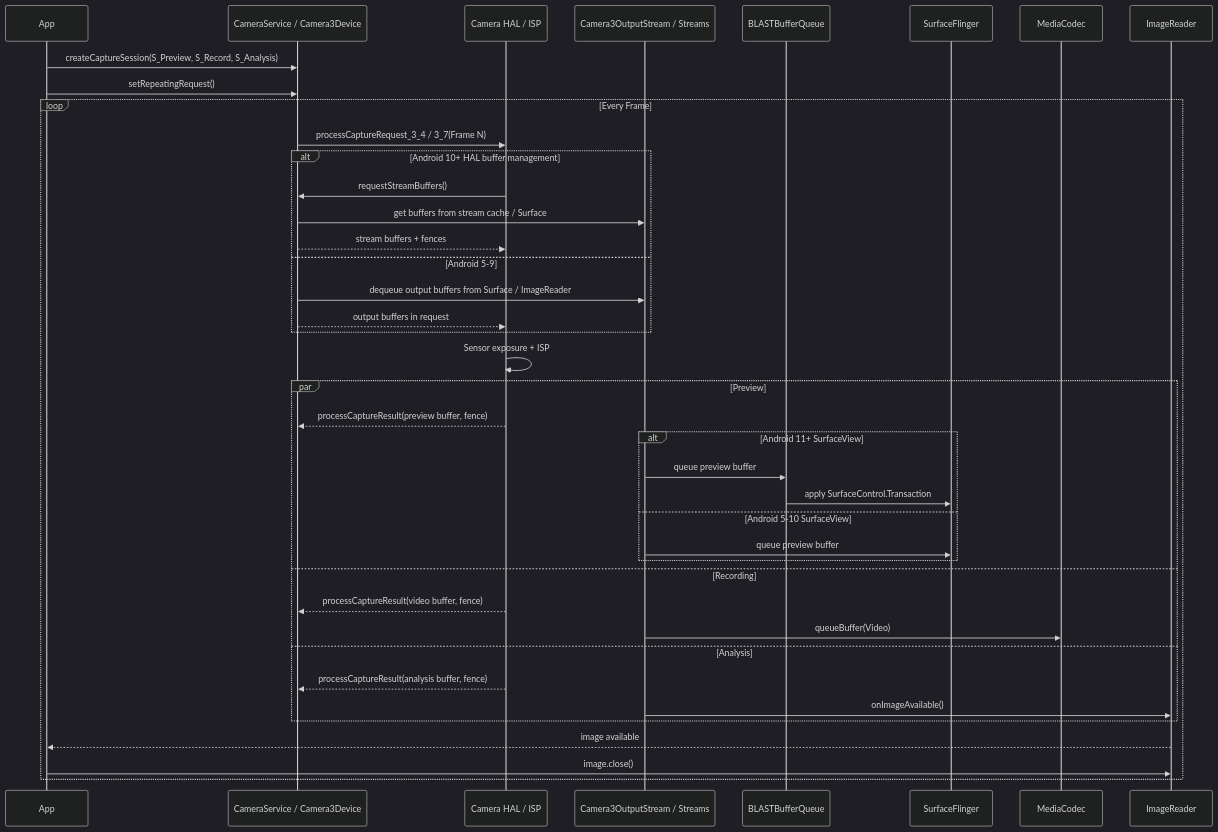
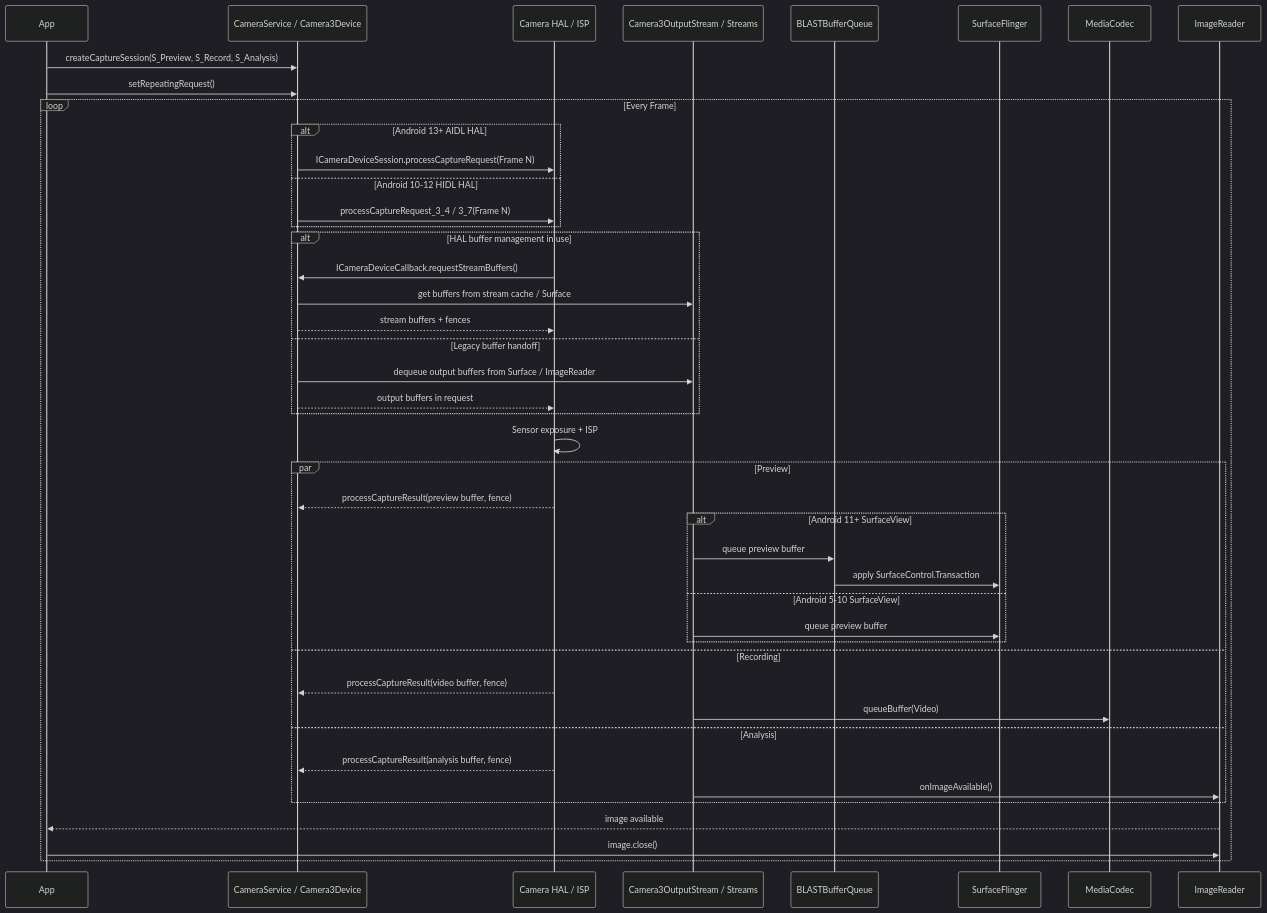
Before and after one commit to Gracker/android-internals-wiki: the second of 2 diagrams in src/part2-performance/ch18-rendering-pipelines/14-camera-pipeline.md, drawn with Mermaid (dark theme). The commit also changed other lines of this file and 8 other files, not shown here.

````diff
--- a/src/part2-performance/ch18-rendering-pipelines/14-camera-pipeline.md
+++ b/src/part2-performance/ch18-rendering-pipelines/14-camera-pipeline.md
@@ -95,48 +97,52 @@
 ```mermaid
 sequenceDiagram
     participant App as App
     participant CS as CameraService / Camera3Device
     participant HAL as Camera HAL / ISP
     participant FW as Camera3OutputStream / Streams
     participant BBQ as BLASTBufferQueue
     participant SF as SurfaceFlinger
     participant MC as MediaCodec
     participant AI as ImageReader
 
     App->>CS: createCaptureSession(S_Preview, S_Record, S_Analysis)
     App->>CS: setRepeatingRequest()
 
     loop Every Frame
-        CS->>HAL: processCaptureRequest_3_4 / 3_7(Frame N)
+        alt Android 13+ AIDL HAL
+            CS->>HAL: ICameraDeviceSession.processCaptureRequest(Frame N)
+        else Android 10-12 HIDL HAL
+            CS->>HAL: processCaptureRequest_3_4 / 3_7(Frame N)
+        end
 
-        alt Android 10+ HAL buffer management
-            HAL->>CS: requestStreamBuffers()
+        alt HAL buffer management in use
+            HAL->>CS: ICameraDeviceCallback.requestStreamBuffers()
             CS->>FW: get buffers from stream cache / Surface
             CS-->>HAL: stream buffers + fences
-        else Android 5-9
+        else Legacy buffer handoff
             CS->>FW: dequeue output buffers from Surface / ImageReader
             CS-->>HAL: output buffers in request
         end
 
         HAL->>HAL: Sensor exposure + ISP
 
         par Preview
             HAL-->>CS: processCaptureResult(preview buffer, fence)
             alt Android 11+ SurfaceView
                 FW->>BBQ: queue preview buffer
                 BBQ->>SF: apply SurfaceControl.Transaction
             else Android 5-10 SurfaceView
                 FW->>SF: queue preview buffer
             end
         and Recording
             HAL-->>CS: processCaptureResult(video buffer, fence)
             FW->>MC: queueBuffer(Video)
         and Analysis
             HAL-->>CS: processCaptureResult(analysis buffer, fence)
             FW->>AI: onImageAvailable()
         end
 
         AI-->>App: image available
         App->>AI: image.close()
     end
 ```
````
